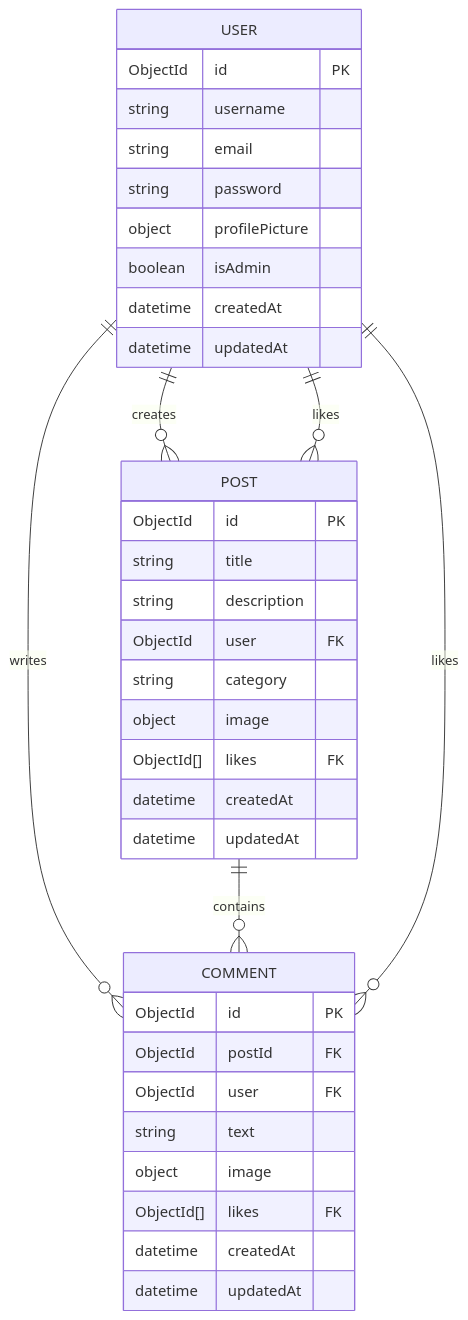
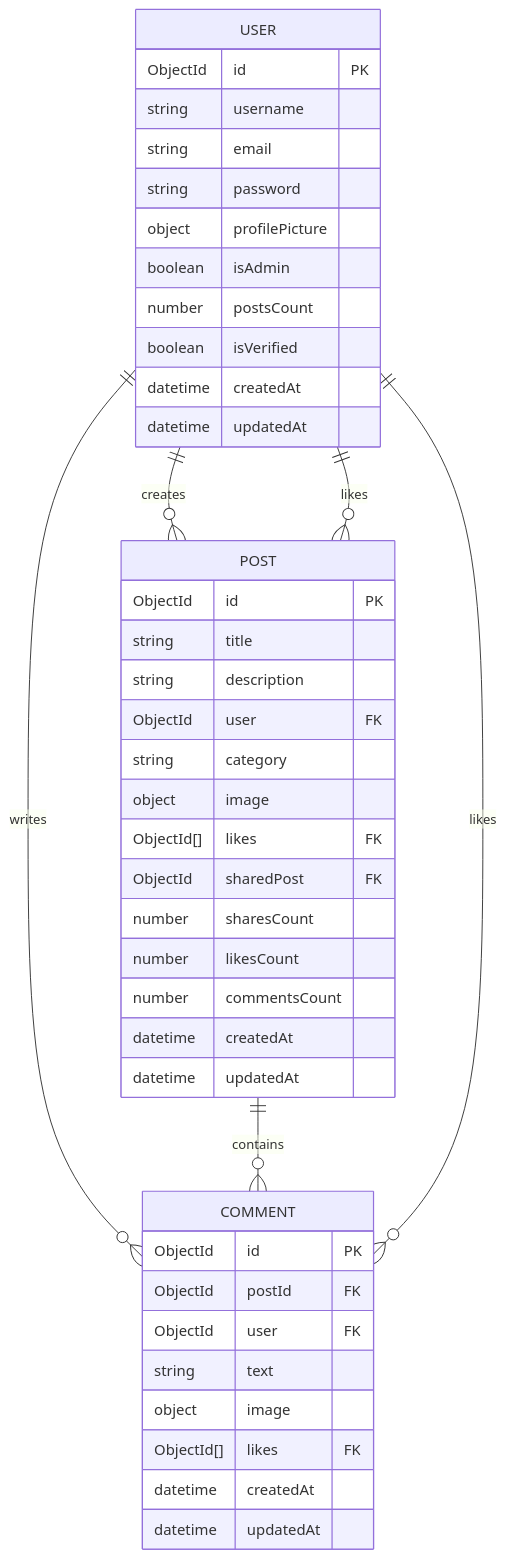
The diagram in README.md (EmadAhmed6/Blog-API), drawn with Mermaid before and after one commit. The commit also changed other lines of this file and 68 other files, not shown here.

````diff
--- a/README.md
+++ b/README.md
@@ -77,42 +78,48 @@
-```mermaid
-erDiagram
-    USER ||--o{ POST : "creates"
-    USER ||--o{ COMMENT : "writes"
-    POST ||--o{ COMMENT : "contains"
-    USER ||--o{ POST : "likes"
-    USER ||--o{ COMMENT : "likes"
-
-    USER {
-        ObjectId id PK
-        string username
-        string email
-        string password
-        object profilePicture
-        boolean isAdmin
-        datetime createdAt
-        datetime updatedAt
-    }
-
-    POST {
-        ObjectId id PK
-        string title
-        string description
-        ObjectId user FK
-        string category
-        object image
-        ObjectId[] likes FK
-        datetime createdAt
-        datetime updatedAt
-    }
-
-    COMMENT {
-        ObjectId id PK
-        ObjectId postId FK
-        ObjectId user FK
-        string text
-        object image
-        ObjectId[] likes FK
-        datetime createdAt
-        datetime updatedAt
-    }
-```
+ ```mermaid
+ erDiagram
+     USER ||--o{ POST : "creates"
+     USER ||--o{ COMMENT : "writes"
+     POST ||--o{ COMMENT : "contains"
+     USER ||--o{ POST : "likes"
+     USER ||--o{ COMMENT : "likes"
+ 
+     USER {
+         ObjectId id PK
+         string username
+         string email
+         string password
+         object profilePicture
+         boolean isAdmin
+         number postsCount
+         boolean isVerified
+         datetime createdAt
+         datetime updatedAt
+     }
+ 
+     POST {
+         ObjectId id PK
+         string title
+         string description
+         ObjectId user FK
+         string category
+         object image
+         ObjectId[] likes FK
+         ObjectId sharedPost FK
+         number sharesCount
+         number likesCount
+         number commentsCount
+         datetime createdAt
+         datetime updatedAt
+     }
+ 
+     COMMENT {
+         ObjectId id PK
+         ObjectId postId FK
+         ObjectId user FK
+         string text
+         object image
+         ObjectId[] likes FK
+         datetime createdAt
+         datetime updatedAt
+     }
+ ```
````
